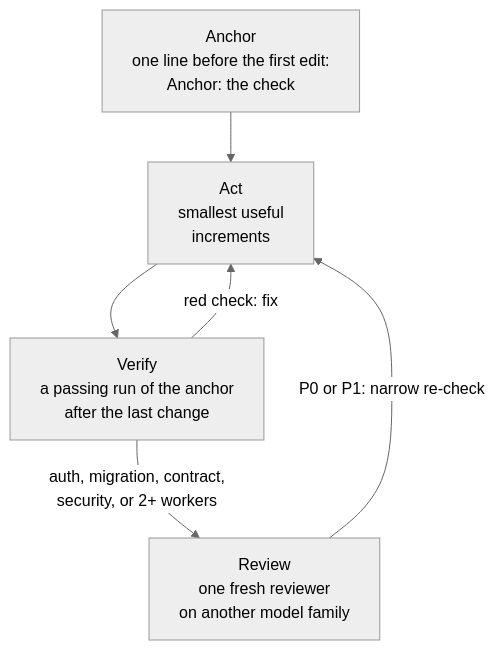
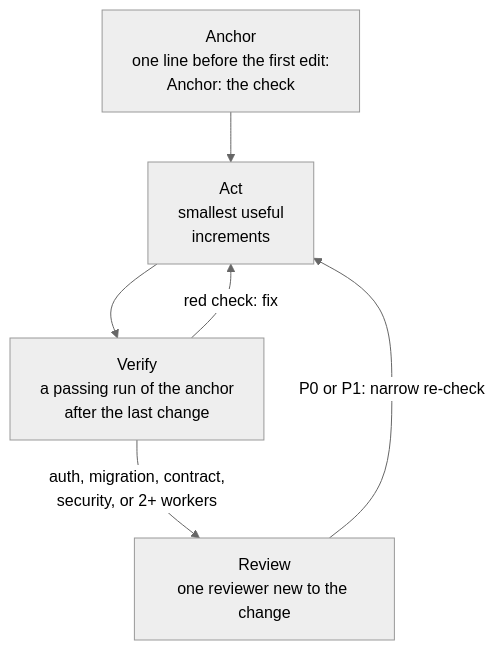
The diagram in site/src/content/docs/guide/concepts.md (wayne930242/anchorloop), drawn with Mermaid (neutral theme) before and after one commit. The commit also changed other lines of this file and 16 other files, not shown here.

Commit message:
feat: defer test-only car review and accept any reviewer model; release 3.3.0

````diff
--- a/site/src/content/docs/guide/concepts.md
+++ b/site/src/content/docs/guide/concepts.md
@@ -16,8 +16,8 @@
 ```mermaid
 flowchart TD
   anchor["Anchor<br/>one line before the first edit:<br/>Anchor: the check"] --> act["Act<br/>smallest useful<br/>increments"]
   act --> verify["Verify<br/>a passing run of the anchor<br/>after the last change"]
   verify -->|"red check: fix"| act
-  verify -->|"auth, migration, contract,<br/>security, or 2+ workers"| review["Review<br/>one fresh reviewer<br/>on another model family"]
+  verify -->|"auth, migration, contract,<br/>security, or 2+ workers"| review["Review<br/>one reviewer new to the change"]
   review -->|"P0 or P1: narrow re-check"| act
 ```
````
